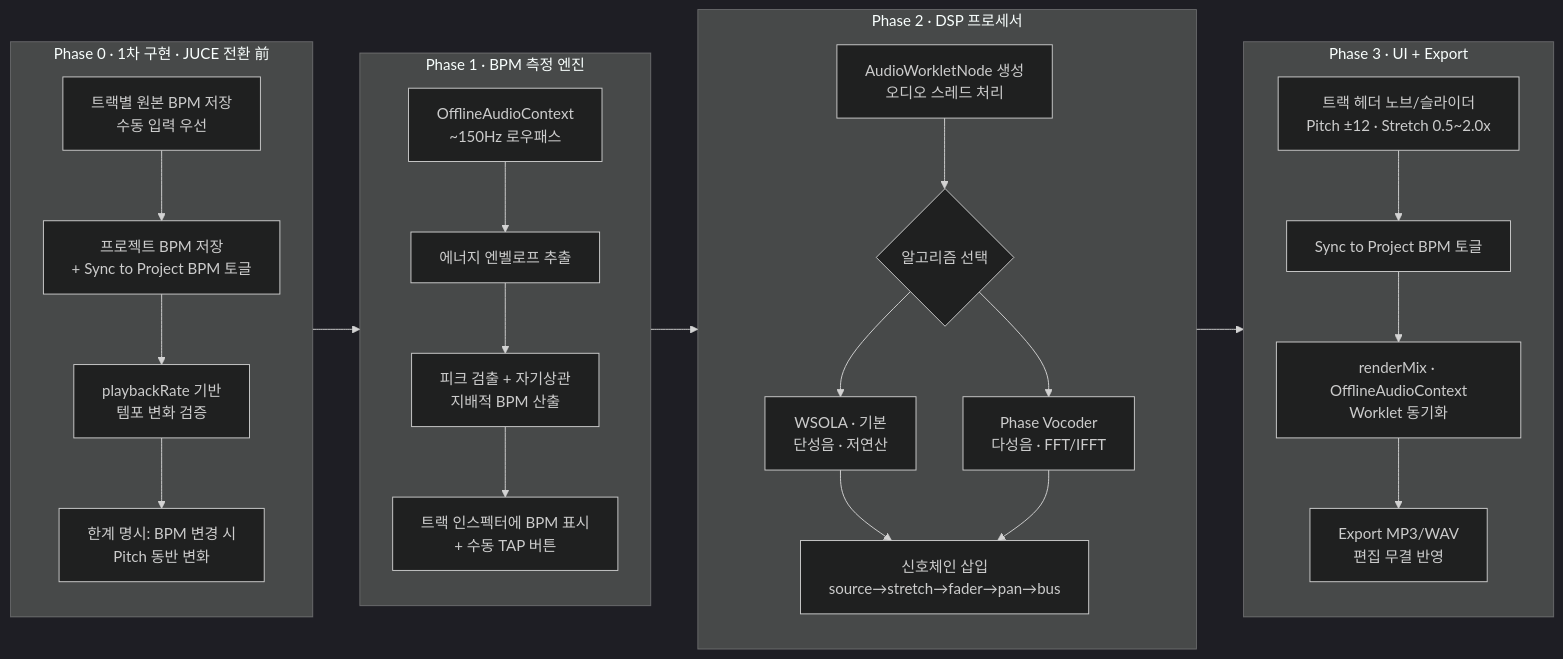
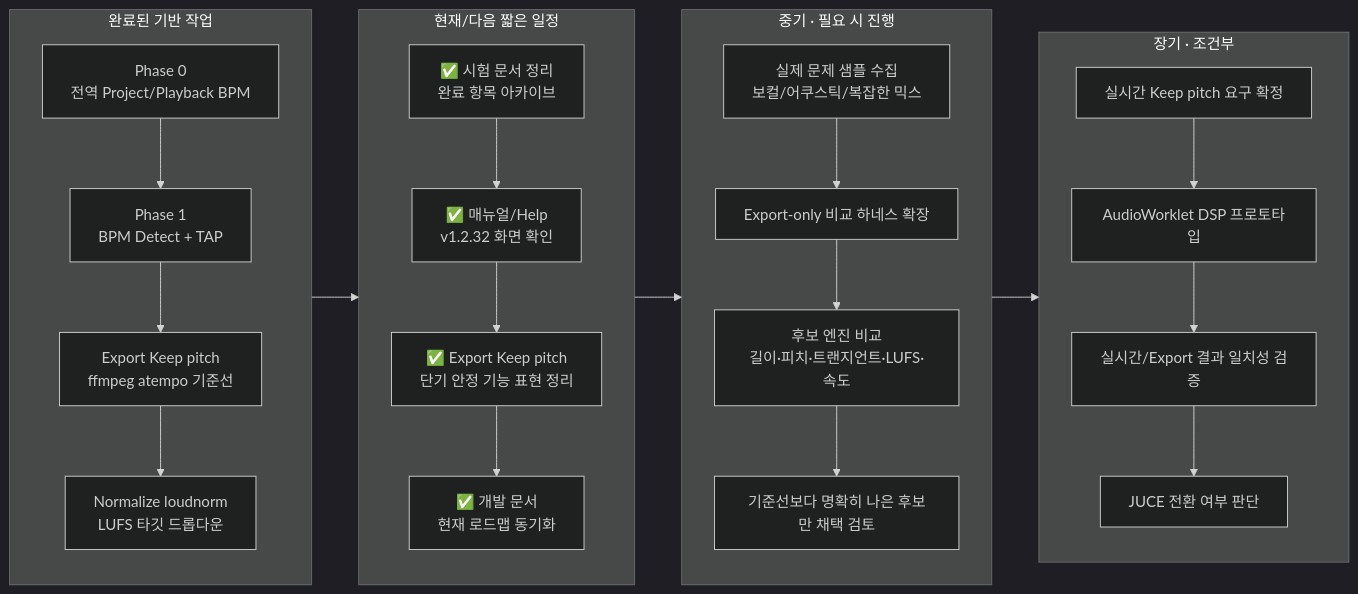
The second of 6 diagrams in 개발-프로세스.md (limsunglyong/FocusDAW-Studio), drawn with Mermaid (dark theme) before and after one commit. The commit also changed other lines of this file and 14 other files, not shown here.

````diff
--- a/개발-프로세스.md
+++ b/개발-프로세스.md
@@ -50,41 +71,36 @@
 ```mermaid
 flowchart LR
-    subgraph PH0 [Phase 0 · 1차 구현 · JUCE 전환 前]
-        A0[트랙별 원본 BPM 저장<br/>수동 입력 우선]
-        A1[프로젝트 BPM 저장<br/>+ Sync to Project BPM 토글]
-        A2[playbackRate 기반<br/>템포 변화 검증]
-        A3[한계 명시: BPM 변경 시<br/>Pitch 동반 변화]
+    subgraph DONE [완료된 기반 작업]
+        A0[Phase 0<br/>전역 Project/Playback BPM]
+        A1[Phase 1<br/>BPM Detect + TAP]
+        A2[Export Keep pitch<br/>ffmpeg atempo 기준선]
+        A3[Normalize loudnorm<br/>LUFS 타깃 드롭다운]
         A0 --> A1 --> A2 --> A3
     end
 
-    subgraph PH1 [Phase 1 · BPM 측정 엔진]
-        B0[OfflineAudioContext<br/>~150Hz 로우패스]
-        B1[에너지 엔벨로프 추출]
-        B2[피크 검출 + 자기상관<br/>지배적 BPM 산출]
-        B3[트랙 인스펙터에 BPM 표시<br/>+ 수동 TAP 버튼]
+    subgraph NOW [현재/다음 짧은 일정]
+        B0[✅ 시험 문서 정리<br/>완료 항목 아카이브]
+        B1[✅ 매뉴얼/Help<br/>v1.2.32 화면 확인]
+        B2[✅ Export Keep pitch<br/>단기 안정 기능 표현 정리]
+        B3[✅ 개발 문서<br/>현재 로드맵 동기화]
         B0 --> B1 --> B2 --> B3
     end
 
-    subgraph PH2 [Phase 2 · DSP 프로세서]
-        C0[AudioWorkletNode 생성<br/>오디오 스레드 처리]
-        C1{알고리즘 선택}
-        C2[WSOLA · 기본<br/>단성음 · 저연산]
-        C3[Phase Vocoder<br/>다성음 · FFT/IFFT]
-        C4[신호체인 삽입<br/>source→stretch→fader→pan→bus]
-        C0 --> C1
-        C1 --> C2
-        C1 --> C3
-        C2 --> C4
-        C3 --> C4
+    subgraph MID [중기 · 필요 시 진행]
+        C0[실제 문제 샘플 수집<br/>보컬/어쿠스틱/복잡한 믹스]
+        C1[Export-only 비교 하네스 확장]
+        C2[후보 엔진 비교<br/>길이·피치·트랜지언트·LUFS·속도]
+        C3[기준선보다 명확히 나은 후보만 채택 검토]
+        C0 --> C1 --> C2 --> C3
     end
 
-    subgraph PH3 [Phase 3 · UI + Export]
-        D0[트랙 헤더 노브/슬라이더<br/>Pitch ±12 · Stretch 0.5~2.0x]
-        D1[Sync to Project BPM 토글]
-        D2[renderMix · OfflineAudioContext<br/>Worklet 동기화]
-        D3[Export MP3/WAV<br/>편집 무결 반영]
+    subgraph LATE [장기 · 조건부]
+        D0[실시간 Keep pitch 요구 확정]
+        D1[AudioWorklet DSP 프로토타입]
+        D2[실시간/Export 결과 일치성 검증]
+        D3[JUCE 전환 여부 판단]
         D0 --> D1 --> D2 --> D3
     end
 
-    PH0 --> PH1 --> PH2 --> PH3
+    DONE --> NOW --> MID --> LATE
 ```
````
